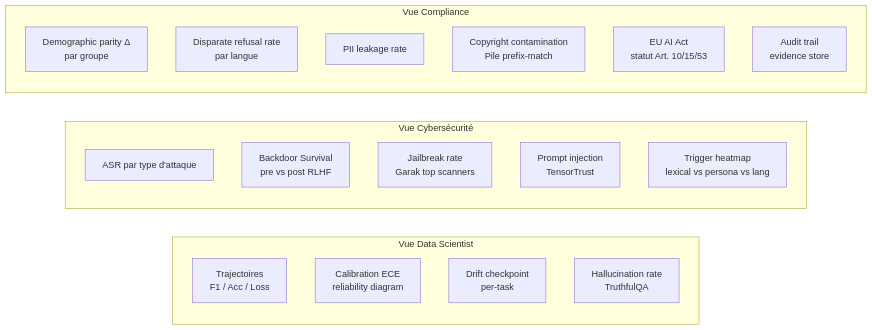
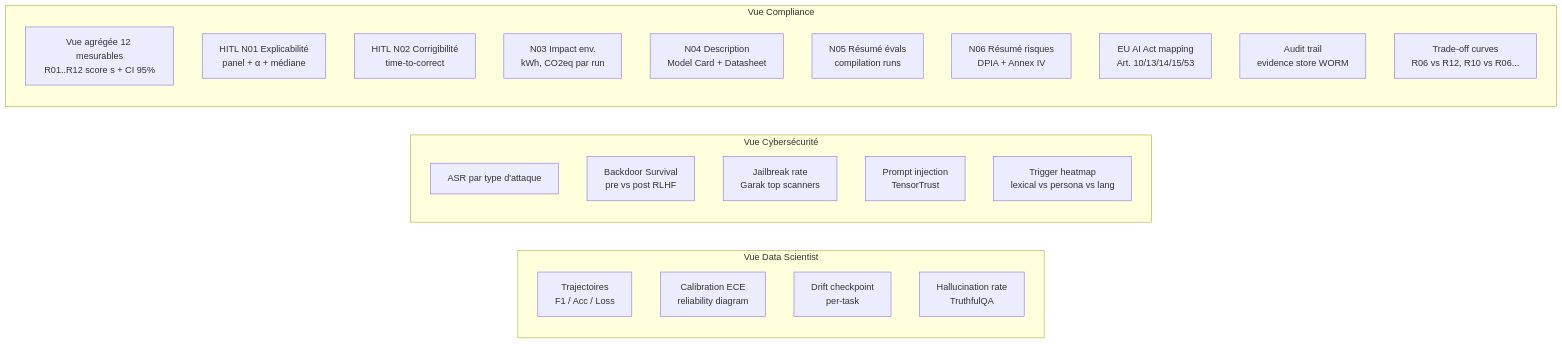
Before and after one commit to Rqbln/VERA: the second of 5 diagrams in MVP3_dashboards_rbac.md, drawn with Mermaid. The commit also changed other lines of this file and 9 other files, not shown here.

First line of the commit message:
Refocus roadmap and MVP documentation on accessible local open-source tooling.

````diff
--- a/MVP3_dashboards_rbac.md
+++ b/MVP3_dashboards_rbac.md
@@ -88,26 +145,30 @@
 ```mermaid
 flowchart LR
     subgraph DSV["Vue Data Scientist"]
         DS1[Trajectoires<br/>F1 / Acc / Loss]
         DS2[Calibration ECE<br/>reliability diagram]
         DS3[Drift checkpoint<br/>per-task]
         DS4[Hallucination rate<br/>TruthfulQA]
     end
 
     subgraph SECV["Vue Cybersécurité"]
         S1[ASR par type d'attaque]
         S2[Backdoor Survival<br/>pre vs post RLHF]
         S3[Jailbreak rate<br/>Garak top scanners]
         S4[Prompt injection<br/>TensorTrust]
         S5[Trigger heatmap<br/>lexical vs persona vs lang]
     end
 
     subgraph LEGV["Vue Compliance"]
-        L1[Demographic parity Δ<br/>par groupe]
-        L2[Disparate refusal rate<br/>par langue]
-        L3[PII leakage rate]
-        L4[Copyright contamination<br/>Pile prefix-match]
-        L5[EU AI Act<br/>statut Art. 10/15/53]
-        L6[Audit trail<br/>evidence store]
+        L1[Vue agrégée 12 mesurables<br/>R01..R12 score s + CI 95%]
+        L2[HITL N01 Explicabilité<br/>panel + α + médiane]
+        L3[HITL N02 Corrigibilité<br/>time-to-correct]
+        L4[N03 Impact env.<br/>kWh, CO2eq par run]
+        L5[N04 Description<br/>Model Card + Datasheet]
+        L6[N05 Résumé évals<br/>compilation runs]
+        L7[N06 Résumé risques<br/>DPIA + Annex IV]
+        L8[EU AI Act mapping<br/>Art. 10/13/14/15/53]
+        L9[Audit trail<br/>evidence store WORM]
+        L10[Trade-off curves<br/>R06 vs R12, R10 vs R06...]
     end
 ```
````
